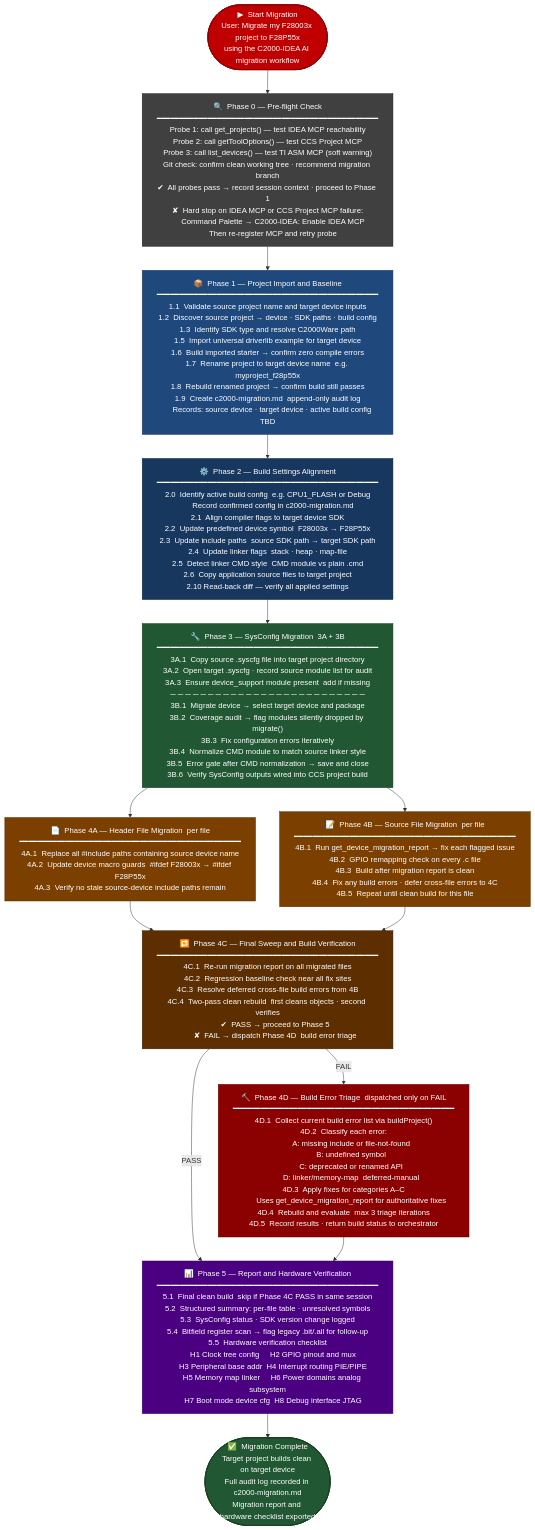
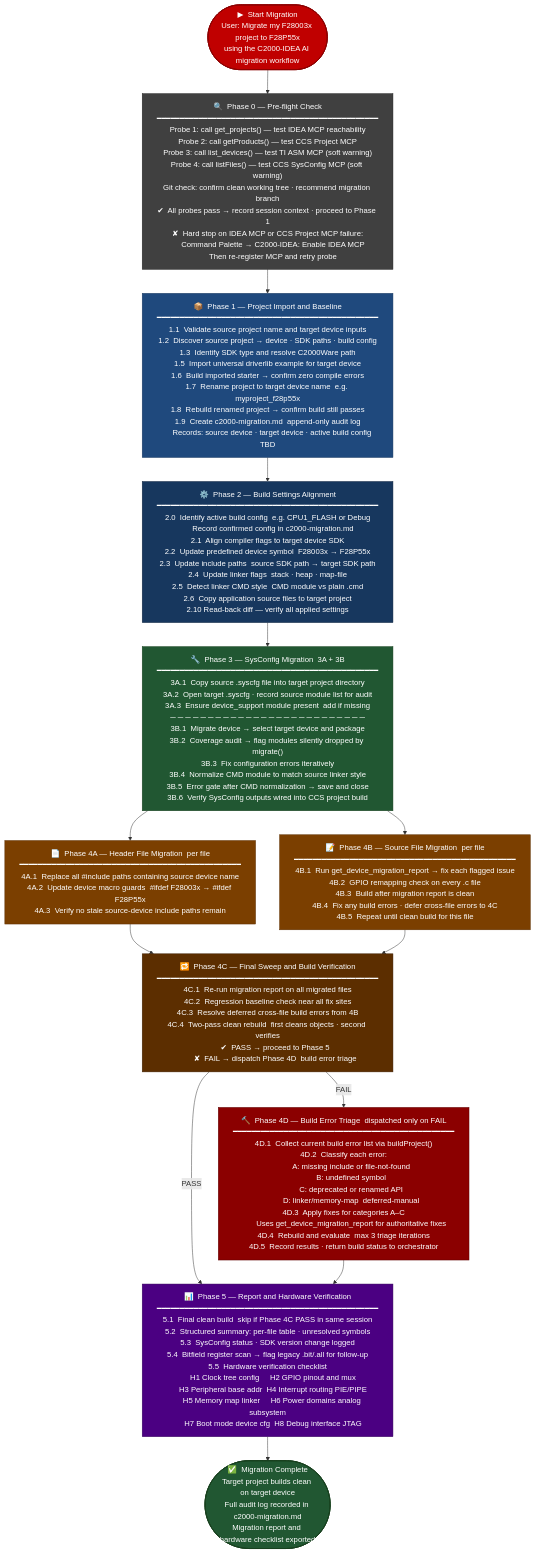
Before and after one commit to TexasInstruments/C2000-IDEA: the diagram in README.md, drawn with Mermaid.

Commit message:
README: sync Phase 0 probe diagram with the updated tool calls
Update the migration-architecture diagram's PROBE node to match Phase 0:
Probe 2 now calls getProducts() (was getToolOptions), and a new Probe 4 calls
listFiles() to test the CCS SysConfig MCP (soft warning). Git check line left
unchanged.

Claude-Session: https://claude.ai/code/session_01MYxZ1KZKQ47izDPdB5ZYnn

````diff
--- a/README.md
+++ b/README.md
@@ -330,48 +330,48 @@
 ```mermaid
 flowchart TD
     START(["▶  Start Migration\nUser: Migrate my F28003x project to F28P55x\nusing the C2000-IDEA AI migration workflow"])
 
-    PROBE["🔍  Phase 0 — Pre-flight Check\n━━━━━━━━━━━━━━━━━━━━━━━━━━━━━━━━━━━━━━━━━━━━━━━━\nProbe 1: call get_projects() — test IDEA MCP reachability\nProbe 2: call getToolOptions() — test CCS Project MCP\nProbe 3: call list_devices() — test TI ASM MCP (soft warning)\nGit check: confirm clean working tree · recommend migration branch\n✔  All probes pass → record session context · proceed to Phase 1\n✘  Hard stop on IDEA MCP or CCS Project MCP failure:\n     Command Palette → C2000-IDEA: Enable IDEA MCP\n     Then re-register MCP and retry probe"]
+    PROBE["🔍  Phase 0 — Pre-flight Check\n━━━━━━━━━━━━━━━━━━━━━━━━━━━━━━━━━━━━━━━━━━━━━━━━\nProbe 1: call get_projects() — test IDEA MCP reachability\nProbe 2: call getProducts() — test CCS Project MCP\nProbe 3: call list_devices() — test TI ASM MCP (soft warning)\nProbe 4: call listFiles() — test CCS SysConfig MCP (soft warning)\nGit check: confirm clean working tree · recommend migration branch\n✔  All probes pass → record session context · proceed to Phase 1\n✘  Hard stop on IDEA MCP or CCS Project MCP failure:\n     Command Palette → C2000-IDEA: Enable IDEA MCP\n     Then re-register MCP and retry probe"]
 
     P1["📦  Phase 1 — Project Import and Baseline\n━━━━━━━━━━━━━━━━━━━━━━━━━━━━━━━━━━━━━━━━━━━━━━━━\n1.1  Validate source project name and target device inputs\n1.2  Discover source project → device · SDK paths · build config\n1.3  Identify SDK type and resolve C2000Ware path\n1.5  Import universal driverlib example for target device\n1.6  Build imported starter → confirm zero compile errors\n1.7  Rename project to target device name  e.g. myproject_f28p55x\n1.8  Rebuild renamed project → confirm build still passes\n1.9  Create c2000-migration.md  append-only audit log\n     Records: source device · target device · active build config TBD"]
 
     P2["⚙️  Phase 2 — Build Settings Alignment\n━━━━━━━━━━━━━━━━━━━━━━━━━━━━━━━━━━━━━━━━━━━━━━━━\n2.0  Identify active build config  e.g. CPU1_FLASH or Debug\n     Record confirmed config in c2000-migration.md\n2.1  Align compiler flags to target device SDK\n2.2  Update predefined device symbol  F28003x → F28P55x\n2.3  Update include paths  source SDK path → target SDK path\n2.4  Update linker flags  stack · heap · map-file\n2.5  Detect linker CMD style  CMD module vs plain .cmd\n2.6  Copy application source files to target project\n2.10 Read-back diff — verify all applied settings"]
 
     P3["🔧  Phase 3 — SysConfig Migration  3A + 3B\n━━━━━━━━━━━━━━━━━━━━━━━━━━━━━━━━━━━━━━━━━━━━━━━━\n3A.1  Copy source .syscfg file into target project directory\n3A.2  Open target .syscfg · record source module list for audit\n3A.3  Ensure device_support module present  add if missing\n─ ─ ─ ─ ─ ─ ─ ─ ─ ─ ─ ─ ─ ─ ─ ─ ─ ─ ─ ─ ─ ─ ─ ─ ─ ─\n3B.1  Migrate device → select target device and package\n3B.2  Coverage audit → flag modules silently dropped by migrate()\n3B.3  Fix configuration errors iteratively\n3B.4  Normalize CMD module to match source linker style\n3B.5  Error gate after CMD normalization → save and close\n3B.6  Verify SysConfig outputs wired into CCS project build"]
 
     P4H["📄  Phase 4A — Header File Migration  per file\n━━━━━━━━━━━━━━━━━━━━━━━━━━━━━━━━━━━━━━━━━━━━━━━━\n4A.1  Replace all #include paths containing source device name\n4A.2  Update device macro guards  #ifdef F28003x → #ifdef F28P55x\n4A.3  Verify no stale source-device include paths remain"]
 
     P4S["📝  Phase 4B — Source File Migration  per file\n━━━━━━━━━━━━━━━━━━━━━━━━━━━━━━━━━━━━━━━━━━━━━━━━\n4B.1  Run get_device_migration_report → fix each flagged issue\n4B.2  GPIO remapping check on every .c file\n4B.3  Build after migration report is clean\n4B.4  Fix any build errors · defer cross-file errors to 4C\n4B.5  Repeat until clean build for this file"]
 
     P4C["🔁  Phase 4C — Final Sweep and Build Verification\n━━━━━━━━━━━━━━━━━━━━━━━━━━━━━━━━━━━━━━━━━━━━━━━━\n4C.1  Re-run migration report on all migrated files\n4C.2  Regression baseline check near all fix sites\n4C.3  Resolve deferred cross-file build errors from 4B\n4C.4  Two-pass clean rebuild  first cleans objects · second verifies\n       ✔  PASS → proceed to Phase 5\n       ✘  FAIL → dispatch Phase 4D  build error triage"]
 
     P4D["🔨  Phase 4D — Build Error Triage  dispatched only on FAIL\n━━━━━━━━━━━━━━━━━━━━━━━━━━━━━━━━━━━━━━━━━━━━━━━━\n4D.1  Collect current build error list via buildProject()\n4D.2  Classify each error:\n       A: missing include or file-not-found\n       B: undefined symbol\n       C: deprecated or renamed API\n       D: linker/memory-map  deferred-manual\n4D.3  Apply fixes for categories A–C\n       Uses get_device_migration_report for authoritative fixes\n4D.4  Rebuild and evaluate  max 3 triage iterations\n4D.5  Record results · return build status to orchestrator"]
 
     P5["📊  Phase 5 — Report and Hardware Verification\n━━━━━━━━━━━━━━━━━━━━━━━━━━━━━━━━━━━━━━━━━━━━━━━━\n5.1  Final clean build  skip if Phase 4C PASS in same session\n5.2  Structured summary: per-file table · unresolved symbols\n5.3  SysConfig status · SDK version change logged\n5.4  Bitfield register scan → flag legacy .bit/.all for follow-up\n5.5  Hardware verification checklist\n     H1 Clock tree config     H2 GPIO pinout and mux\n     H3 Peripheral base addr  H4 Interrupt routing PIE/PIPE\n     H5 Memory map linker     H6 Power domains analog subsystem\n     H7 Boot mode device cfg  H8 Debug interface JTAG"]
 
     DONE(["✅  Migration Complete\nTarget project builds clean on target device\nFull audit log recorded in c2000-migration.md\nMigration report and hardware checklist exported"])
 
     START --> PROBE
     PROBE --> P1
     P1    --> P2
     P2    --> P3
     P3    --> P4H & P4S
     P4H   --> P4C
     P4S   --> P4C
     P4C   -->|"PASS"| P5
     P4C   -->|"FAIL"| P4D
     P4D   --> P5
     P5    --> DONE
 
     style START fill:#C00000,color:#ffffff,stroke:#8B0000,stroke-width:2px
     style PROBE fill:#404040,color:#ffffff,stroke:#202020,stroke-width:1px
     style P1    fill:#1F497D,color:#ffffff,stroke:#17375E,stroke-width:1px
     style P2    fill:#17375E,color:#ffffff,stroke:#0F243E,stroke-width:1px
     style P3    fill:#215732,color:#ffffff,stroke:#17401E,stroke-width:1px
     style P4H   fill:#7B3F00,color:#ffffff,stroke:#5C2E00,stroke-width:1px
     style P4S   fill:#7B3F00,color:#ffffff,stroke:#5C2E00,stroke-width:1px
     style P4C   fill:#5C2E00,color:#ffffff,stroke:#3D1E00,stroke-width:1px
     style P4D   fill:#8B0000,color:#ffffff,stroke:#5C0000,stroke-width:1px
     style P5    fill:#4B0082,color:#ffffff,stroke:#320057,stroke-width:1px
     style DONE  fill:#215732,color:#ffffff,stroke:#17401E,stroke-width:2px
 ```
````
